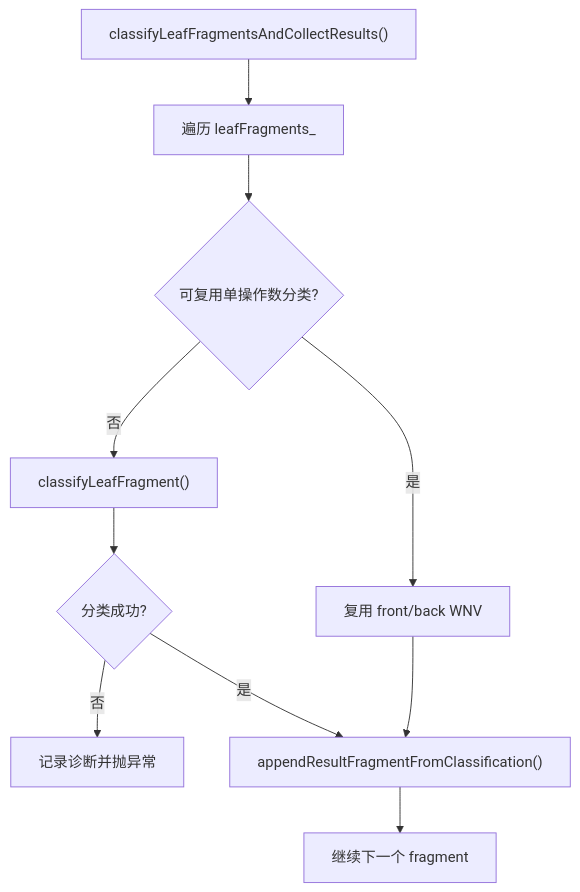
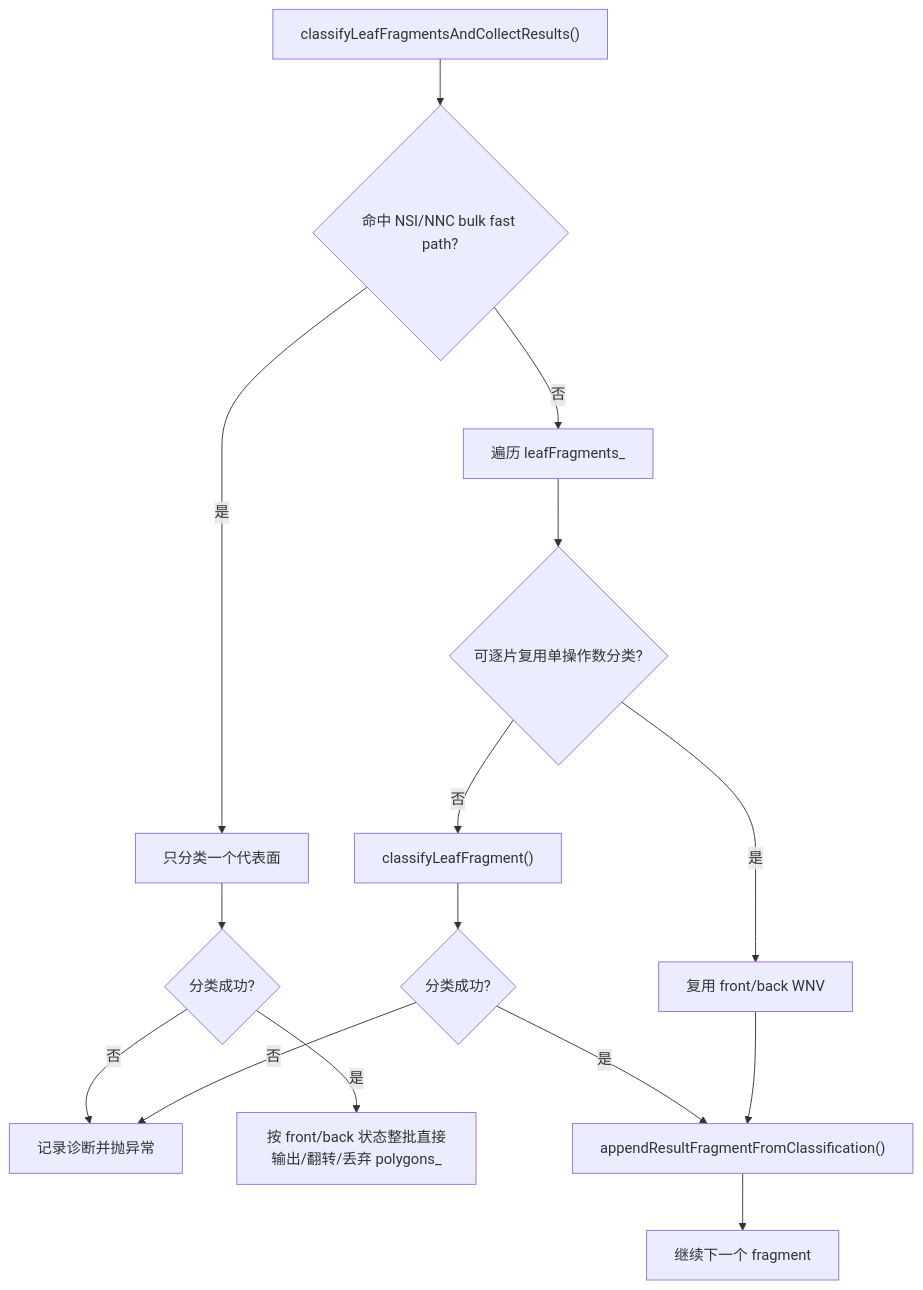
Before and after one commit to SDU-YueQiu/re-EMBER: the ninth of 11 diagrams in docs/core-logic-flow.md, drawn with Mermaid. The commit also changed other lines of this file, not shown here.

````diff
--- a/docs/core-logic-flow.md
+++ b/docs/core-logic-flow.md
@@ -287,12 +287,17 @@
 ```mermaid
 flowchart TD
-    A["classifyLeafFragmentsAndCollectResults()"] --> B["遍历 leafFragments_"]
-    B --> C{"可复用单操作数分类?"}
-    C -->|是| D["复用 front/back WNV"]
-    C -->|否| E["classifyLeafFragment()"]
-    E --> F{"分类成功?"}
-    F -->|否| G["记录诊断并抛异常"]
-    F -->|是| H["appendResultFragmentFromClassification()"]
-    D --> H
-    H --> I["继续下一个 fragment"]
+    A["classifyLeafFragmentsAndCollectResults()"] --> B{"命中 NSI/NNC bulk fast path?"}
+    B -->|是| C["只分类一个代表面"]
+    C --> D{"分类成功?"}
+    D -->|否| E["记录诊断并抛异常"]
+    D -->|是| F["按 front/back 状态整批直接输出/翻转/丢弃 polygons_"]
+    B -->|否| G["遍历 leafFragments_"]
+    G --> H{"可逐片复用单操作数分类?"}
+    H -->|是| I["复用 front/back WNV"]
+    H -->|否| J["classifyLeafFragment()"]
+    J --> K{"分类成功?"}
+    K -->|否| E
+    K -->|是| L["appendResultFragmentFromClassification()"]
+    I --> L
+    L --> M["继续下一个 fragment"]
 ```
````
